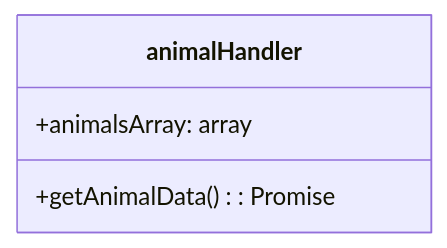
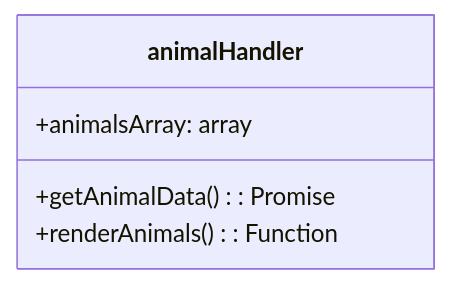
One commit to MauricioTRP/desafioAnimales changed the second of 2 diagrams in readme.md. Above: the diagram before and after it, drawn with Mermaid. The commit also changed other lines of this file and 2 other files, not shown here.

````diff
--- a/readme.md
+++ b/readme.md
@@ -50,7 +50,8 @@
 ```mermaid
 classDiagram
     class animalHandler {
         +animalsArray: array
         +getAnimalData(): Promise
+        +renderAnimals(): Function
     }
 ```
````
